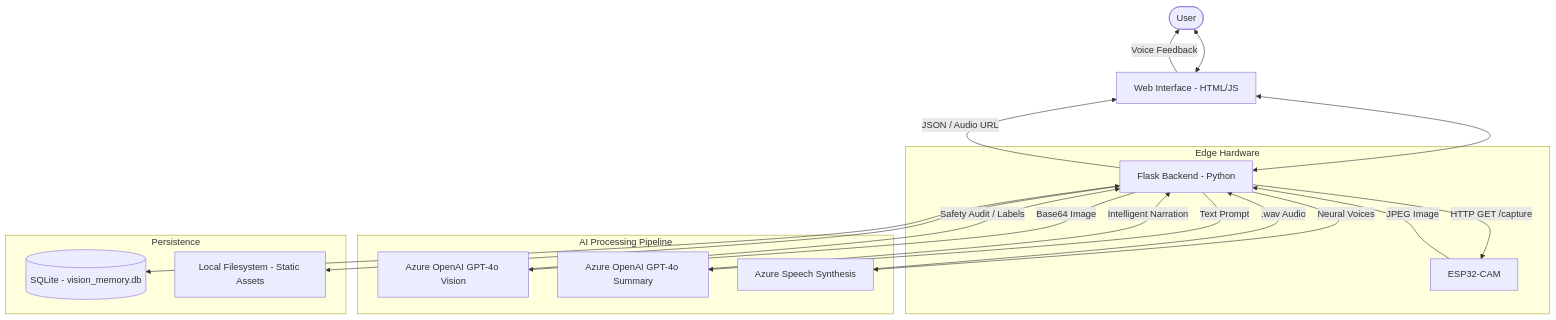
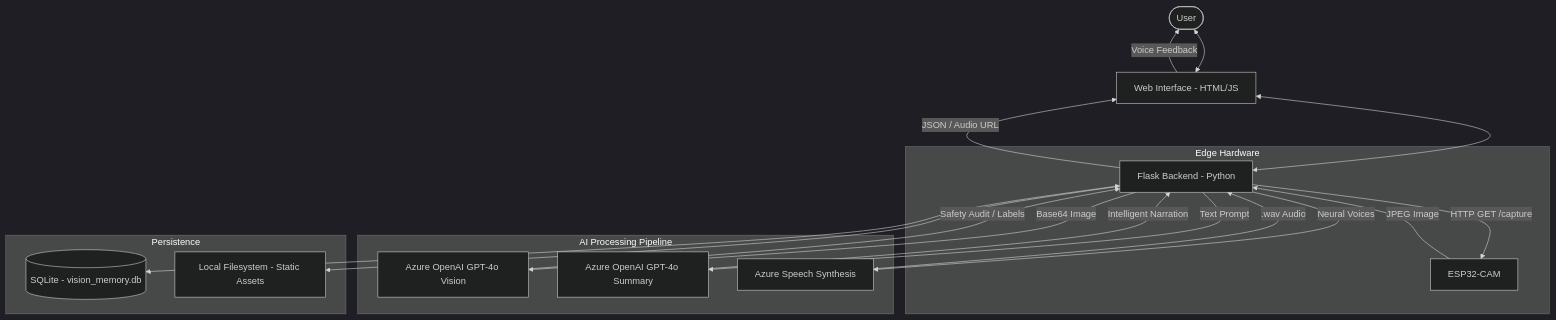
Before and after one commit to patrickpassosb/gloseen: the diagram in README.md, drawn with Mermaid. The commit also changed other lines of this file and 4 other files, not shown here.

````diff
--- a/README.md
+++ b/README.md
@@ -7,29 +7,30 @@
 ```mermaid
+%%{init: {'theme': 'dark', 'themeVariables': { 'fontSize': '16px', 'fontFamily': 'Inter, sans-serif'}}}%%
 graph TD
     User([User]) <--> Frontend[Web Interface - HTML/JS]
     Frontend <--> Backend[Flask Backend - Python]
     
     subgraph Edge_Hardware [Edge Hardware]
         Backend -- "HTTP GET /capture" --> ESP32[ESP32-CAM]
         ESP32 -- "JPEG Image" --> Backend
     end
     
     subgraph AI_Processing [AI Processing Pipeline]
         Backend -- "Base64 Image" --> GPT_Vision[Azure OpenAI GPT-4o Vision]
         GPT_Vision -- "Safety Audit / Labels" --> Backend
         
         Backend -- "Text Prompt" --> GPT_Summary[Azure OpenAI GPT-4o Summary]
         GPT_Summary -- "Intelligent Narration" --> Backend
         
         Backend -- "Neural Voices" --> Azure_TTS[Azure Speech Synthesis]
         Azure_TTS -- ".wav Audio" --> Backend
     end
     
     subgraph Storage [Persistence]
         Backend <--> DB[(SQLite - vision_memory.db)]
         Backend --> FS[Local Filesystem - Static Assets]
     end
     
     Backend -- "JSON / Audio URL" --> Frontend
     Frontend -- "Voice Feedback" --> User
 ```
````
